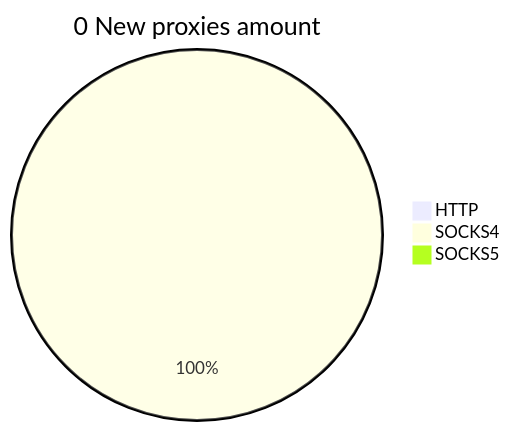
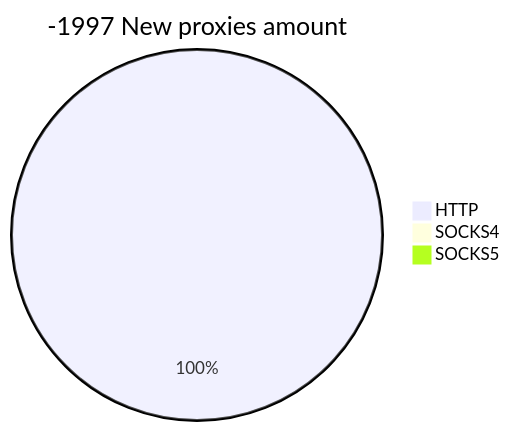
One commit to cutipu/proxylist changed the second of 2 diagrams in README.md. Above: the diagram before and after it, drawn with Mermaid. The commit also changed other lines of this file, not shown here.

````diff
--- a/README.md
+++ b/README.md
@@ -10,6 +10,6 @@
 ```mermaid
-pie title 0 New proxies amount
-    "HTTP" : 0
-    "SOCKS4" : 1
+pie title -1997 New proxies amount
+    "HTTP" : 16
+    "SOCKS4" : 0
     "SOCKS5" : 0
 ```
````
